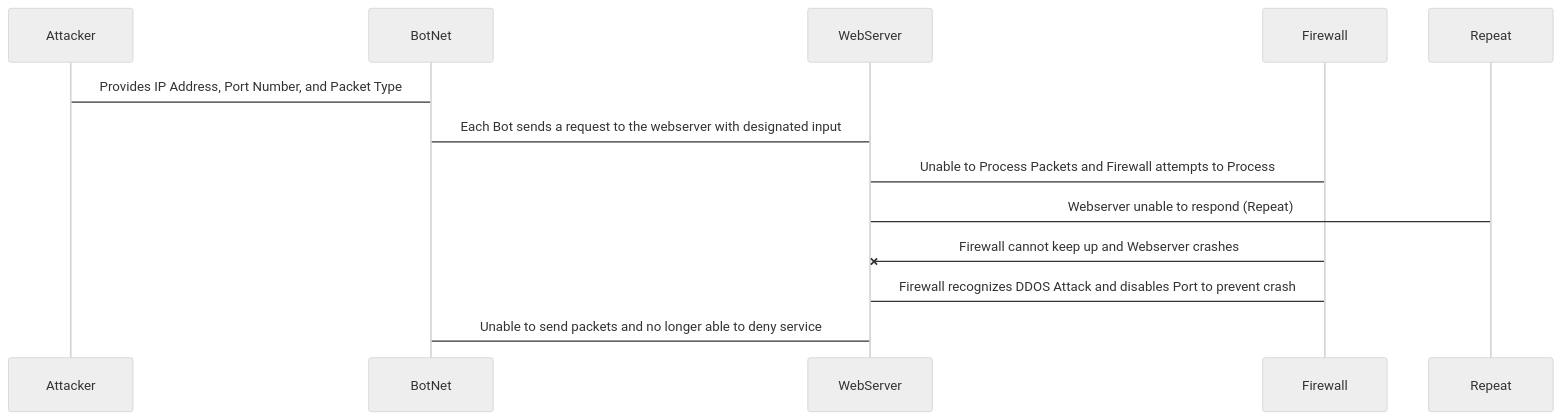
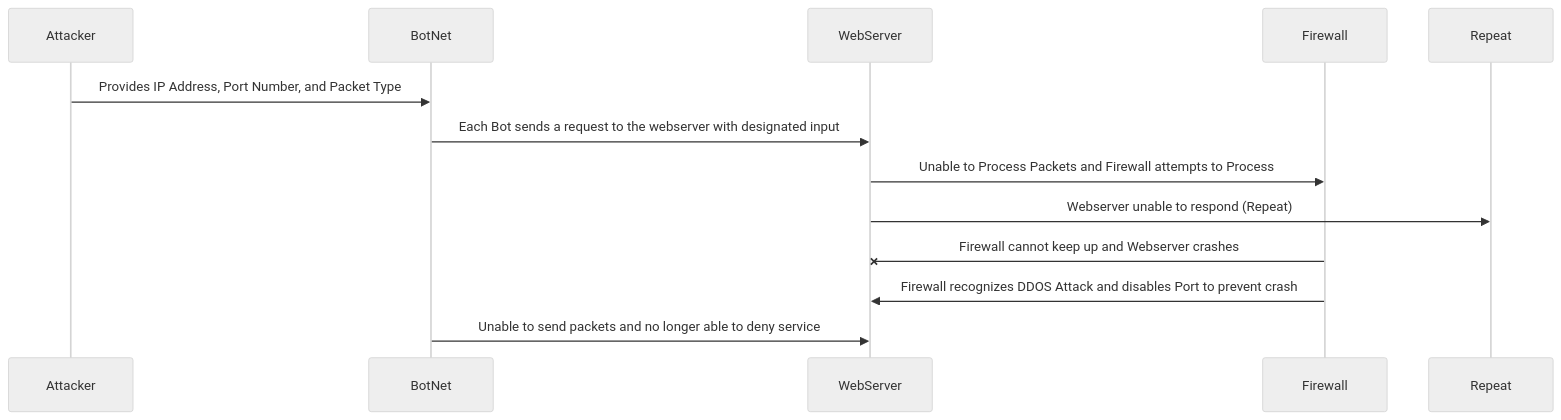
Before and after one commit to JrJennings-Edu/JrJennings.github.io: the diagram in Mermaid Diagram/DDOS_Attack_Sequence.md, drawn with Mermaid (neutral theme).

Commit message:
Update DDOS_Attack_Sequence.md
Updated syntax to show arrows

````diff
--- a/Mermaid Diagram/DDOS_Attack_Sequence.md
+++ b/Mermaid Diagram/DDOS_Attack_Sequence.md
@@ -1,15 +1,15 @@
 ```mermaid
 sequenceDiagram
 participant Attacker
 participant BotNet
 participant WebServer
 participant Firewall
 
-	Attacker -> BotNet: Provides IP Address, Port Number, and Packet Type
-	BotNet -> WebServer: Each Bot sends a request to the webserver with designated input
-	WebServer -> Firewall: Unable to Process Packets and Firewall attempts to Process
-	WebServer -> Repeat: Webserver unable to respond (Repeat)
+	Attacker ->> BotNet: Provides IP Address, Port Number, and Packet Type
+	BotNet ->> WebServer: Each Bot sends a request to the webserver with designated input
+	WebServer ->> Firewall: Unable to Process Packets and Firewall attempts to Process
+	WebServer ->> Repeat: Webserver unable to respond (Repeat)
 	Firewall -x WebServer: Firewall cannot keep up and Webserver crashes
-	Firewall -> WebServer: Firewall recognizes DDOS Attack and disables Port to prevent crash
-	BotNet -> WebServer: Unable to send packets and no longer able to deny service
+	Firewall ->> WebServer: Firewall recognizes DDOS Attack and disables Port to prevent crash
+	BotNet ->> WebServer: Unable to send packets and no longer able to deny service
 ```
````
